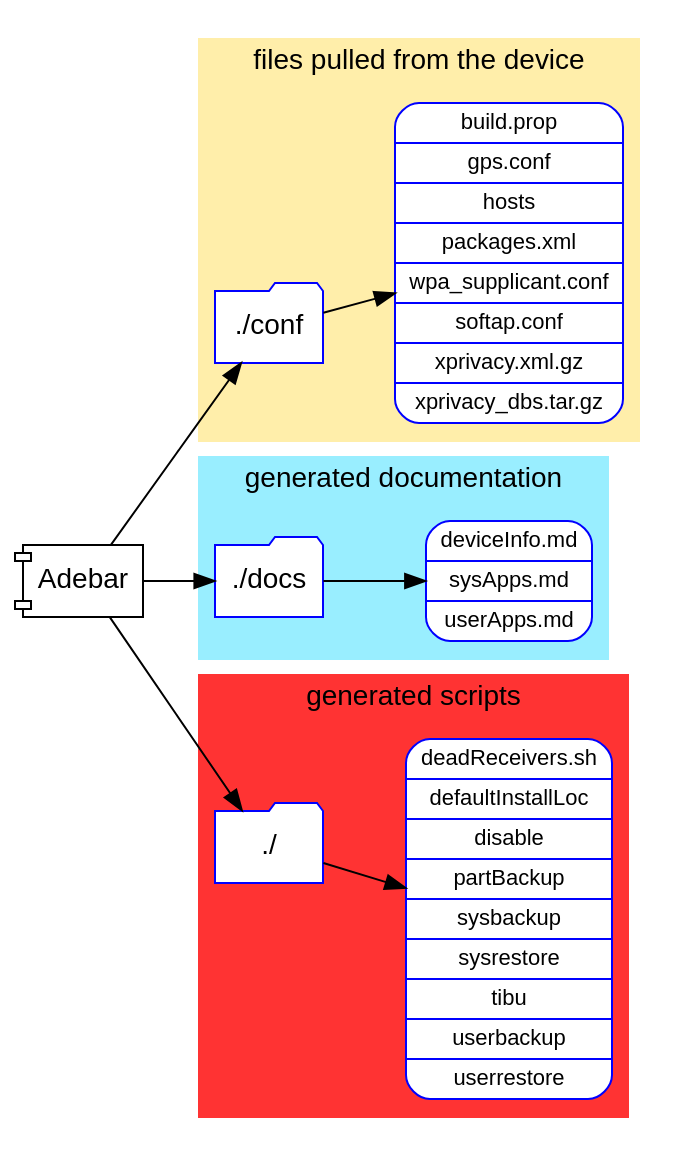
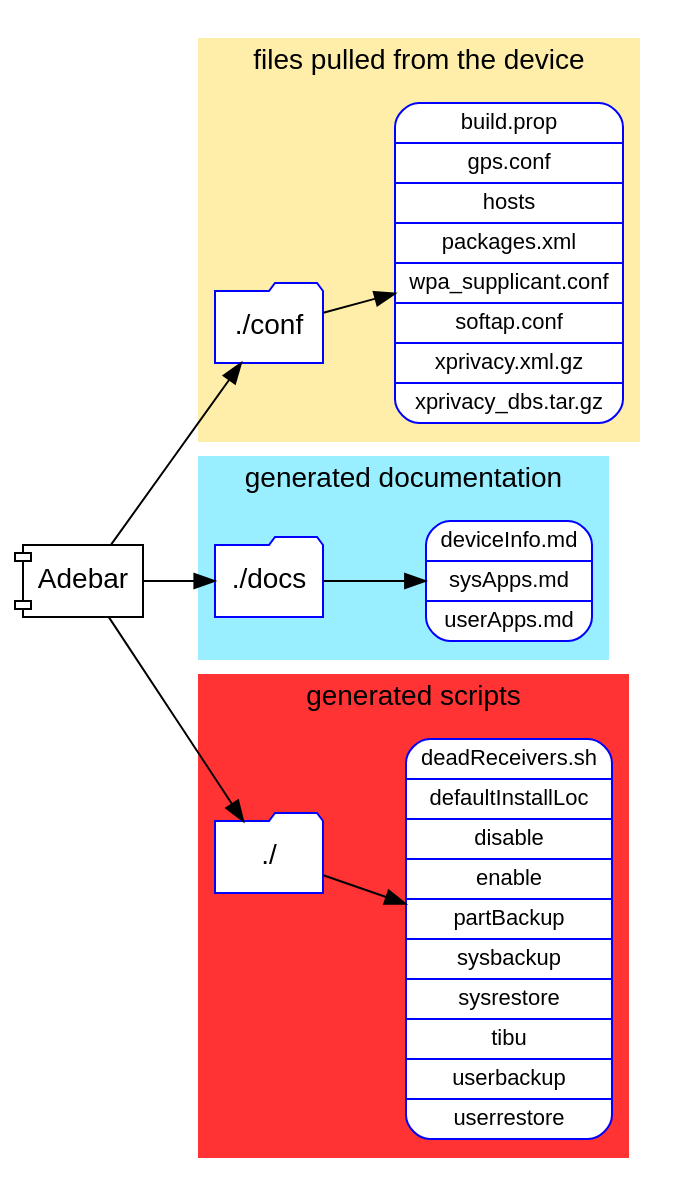
The diagram in doc/AdebarFiles.gv (IzzySoft/Adebar), drawn with Graphviz before and after one commit. The commit also changed 3 other files, not shown here.

```diff
--- a/doc/AdebarFiles.gv
+++ b/doc/AdebarFiles.gv
@@ -1,49 +1,49 @@
 digraph AdebarFiles {
 /* Files generated by Adebar. Graphviz data file. */
 
   fontname = Arial;
   node [ fontname = Arial ];
   rankdir = LR;
 
   subgraph cluster_conf {
     rankdir = LR;
     style = filled;
     color = "#ffeeaa";
     node [ style=filled, color=blue, fillcolor=white ];
     label = "files pulled from the device";
 
     conf [ shape = folder, label = "./conf" ];
     conffiles [ shape = Mrecord, fontsize = 11, label = "build.prop|gps.conf|hosts|packages.xml|wpa_supplicant.conf|softap.conf|xprivacy.xml.gz|xprivacy_dbs.tar.gz" ];
     conf -> conffiles;
   }
 
   subgraph cluster_doc {
     rankdir = LR;
     style = filled;
     color = "#99eeff";
     node [ style=filled, color=blue, fillcolor=white ];
     label = "generated documentation"
 
     docs [ shape = folder, label = "./docs" ];
     docfiles [ shape = Mrecord, fontsize = 11, label = "deviceInfo.md|sysApps.md|userApps.md" ];
     docs -> docfiles;
   }
 
   subgraph cluster_scripts {
     rankdir = LR;
     style = filled;
     color = "#ff3333";
     node [ style=filled, color=blue, fillcolor=white ];
     label = "generated scripts";
 
     scripts [ shape = folder, label = "./" ];
-    scriptfiles [ shape= Mrecord, fontsize = 11, label = "deadReceivers.sh|defaultInstallLoc|disable|partBackup|sysbackup|sysrestore|tibu|userbackup|userrestore" ];
+    scriptfiles [ shape= Mrecord, fontsize = 11, label = "deadReceivers.sh|defaultInstallLoc|disable|enable|partBackup|sysbackup|sysrestore|tibu|userbackup|userrestore" ];
     scripts -> scriptfiles;
   }
 
   Adebar [ shape = component ];
   Adebar -> conf;
   Adebar -> docs;
   Adebar -> scripts;
 
 }
```
